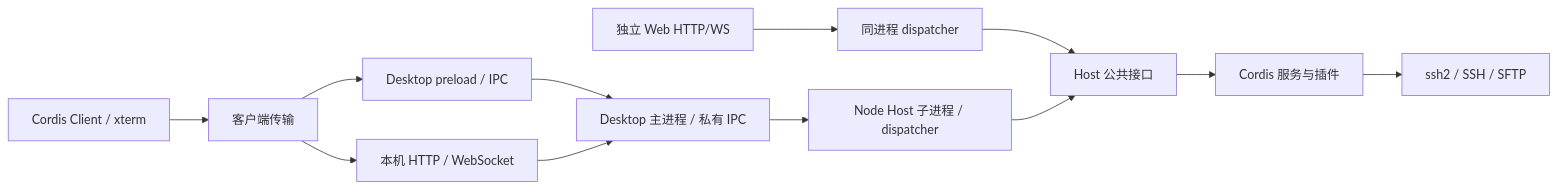
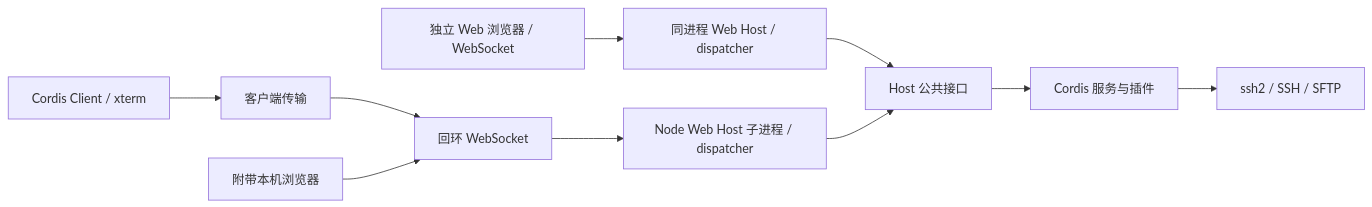
Before and after one commit to puremixai/pureterm: the diagram in docs/architecture_zh.md, drawn with Mermaid. The commit also changed other lines of this file and 61 other files, not shown here.

Commit message:
refactor: align desktop with shared Web Host

````diff
--- a/docs/architecture_zh.md
+++ b/docs/architecture_zh.md
@@ -20,14 +20,12 @@
 ```mermaid
 flowchart LR
   U[Cordis Client / xterm] --> T[客户端传输]
-  T --> P[Desktop preload / IPC]
-  T --> W[本机 HTTP / WebSocket]
-  P --> R[Desktop 主进程 / 私有 IPC]
-  W --> R
-  R --> D[Node Host 子进程 / dispatcher]
-  W2[独立 Web HTTP/WS] --> D2[同进程 dispatcher]
-  D2 --> H
-  D --> H[Host 公共接口]
+  T --> W[回环 WebSocket]
+  W --> D[Node Web Host 子进程 / dispatcher]
+  B[附带本机浏览器] --> W
+  W2[独立 Web 浏览器 / WebSocket] --> D2[同进程 Web Host / dispatcher]
+  D2 --> H[Host 公共接口]
+  D --> H
   H --> C[Cordis 服务与插件]
   C --> S[ssh2 / SSH / SFTP]
 ```
````
